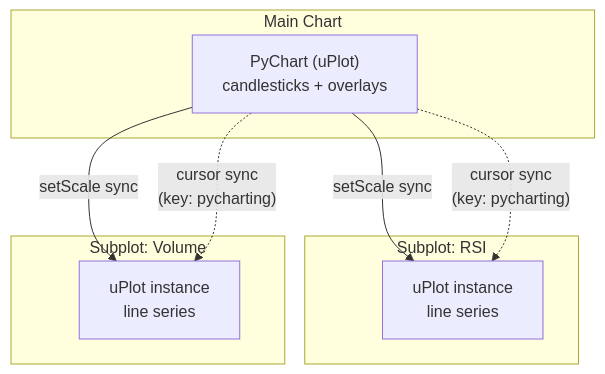
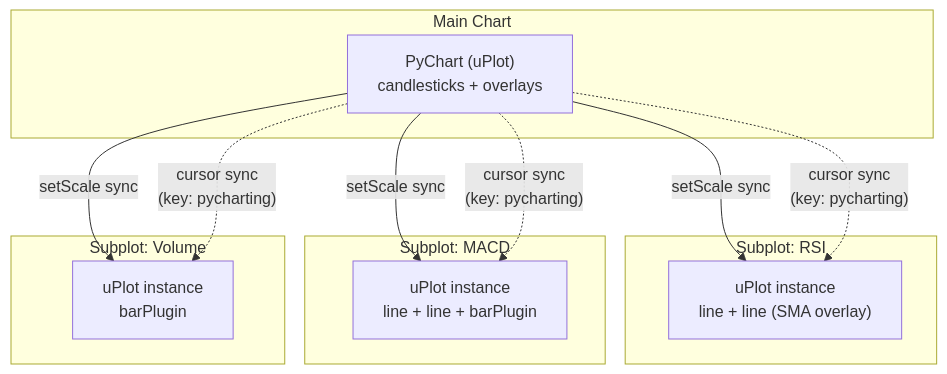
The ninth of 10 diagrams in docs/how-it-works.md (tschm/pycharting), drawn with Mermaid before and after one commit. The commit also changed other lines of this file and 1 other file, not shown here.

Commit message:
updated subplot types and docs

````diff
--- a/docs/how-it-works.md
+++ b/docs/how-it-works.md
@@ -279,19 +341,25 @@
 ```mermaid
 graph TD
     subgraph Main Chart
         MC["PyChart (uPlot)\ncandlesticks + overlays"]
     end
 
     subgraph Subplot: RSI
-        S1["uPlot instance\nline series"]
+        S1["uPlot instance\nline + line (SMA overlay)"]
+    end
+
+    subgraph Subplot: MACD
+        S2["uPlot instance\nline + line + barPlugin"]
     end
 
     subgraph Subplot: Volume
-        S2["uPlot instance\nline series"]
+        S3["uPlot instance\nbarPlugin"]
     end
 
     MC -->|"setScale sync"| S1
     MC -->|"setScale sync"| S2
+    MC -->|"setScale sync"| S3
     MC -.->|"cursor sync\n(key: pycharting)"| S1
     MC -.->|"cursor sync\n(key: pycharting)"| S2
+    MC -.->|"cursor sync\n(key: pycharting)"| S3
 ```
````
